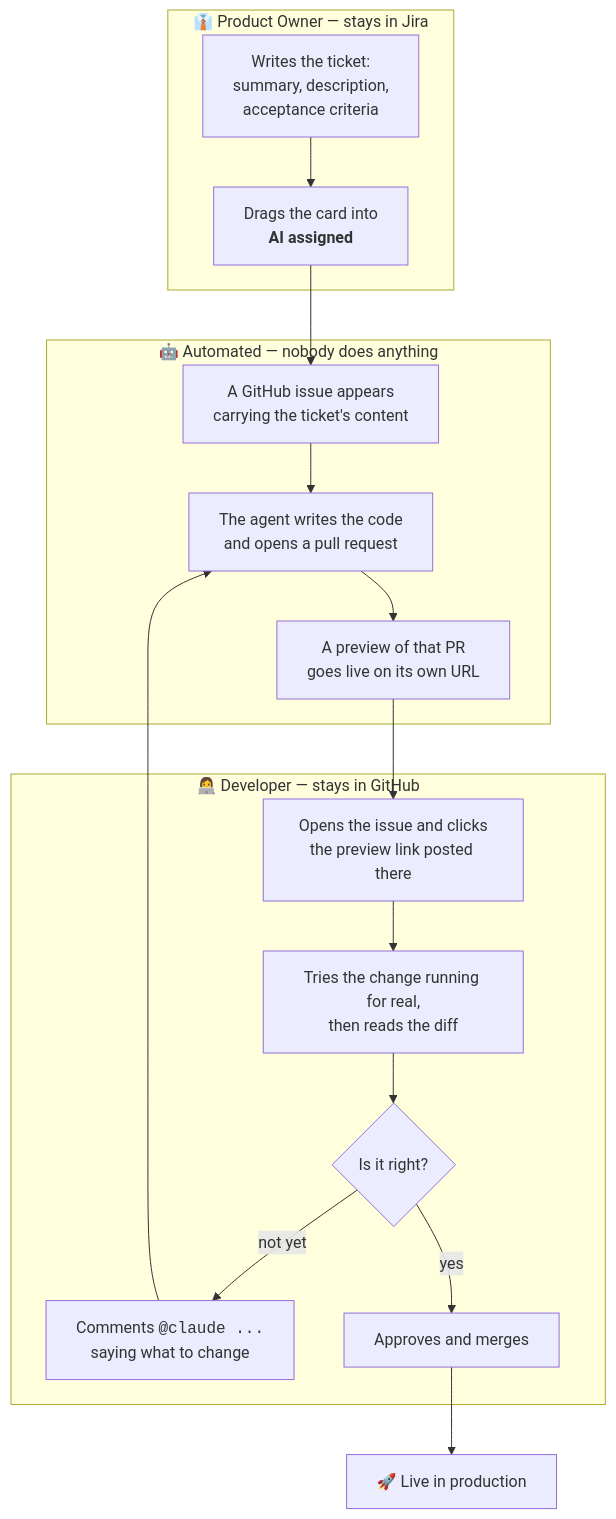
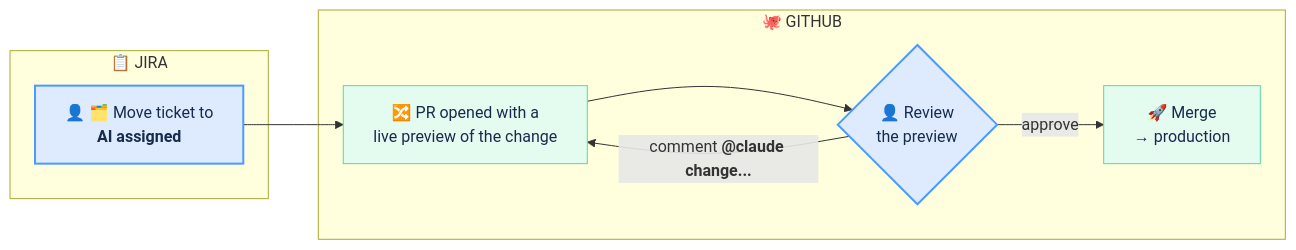
The first of 2 diagrams in README.md (gonz96/agentic-prs), drawn with Mermaid before and after one commit. The commit also changed other lines of this file, not shown here.

Commit message:
Simplify the roles diagram and mark the two manual steps

````diff
--- a/README.md
+++ b/README.md
@@ -21,28 +19,21 @@
 ```mermaid
-flowchart TD
-    subgraph PO["👔 Product Owner — stays in Jira"]
-        A["Writes the ticket:<br/>summary, description,<br/>acceptance criteria"]
-        B["Drags the card into<br/><b>AI assigned</b>"]
+flowchart LR
+    subgraph JIRA["📋 JIRA"]
+        A["👤 🗂️ Move ticket to<br/><b>AI assigned</b>"]
     end
 
-    subgraph AUTO["🤖 Automated — nobody does anything"]
-        C["A GitHub issue appears<br/>carrying the ticket's content"]
-        D["The agent writes the code<br/>and opens a pull request"]
-        E["A preview of that PR<br/>goes live on its own URL"]
+    subgraph GH["🐙 GITHUB"]
+        B["🔀 PR opened with a<br/>live preview of the change"]
+        C{"👤 Review<br/>the preview"}
+        D["🚀 Merge<br/>→ production"]
     end
 
-    subgraph DEV["👩‍💻 Developer — stays in GitHub"]
-        F["Opens the issue and clicks<br/>the preview link posted there"]
-        G["Tries the change running for real,<br/>then reads the diff"]
-        H{"Is it right?"}
-        I["Comments <code>@claude ...</code><br/>saying what to change"]
-        J["Approves and merges"]
-    end
+    A --> B --> C
+    C -->|"approve"| D
+    C -->|"comment <b>@claude change...</b>"| B
 
-    K["🚀 Live in production"]
-
-    A --> B --> C --> D --> E --> F --> G --> H
-    H -->|"not yet"| I
-    I --> D
-    H -->|"yes"| J --> K
+    classDef manual fill:#deebff,stroke:#4c9aff,stroke-width:2px,color:#172b4d
+    classDef auto fill:#e3fcef,stroke:#57d9a3,color:#172b4d
+    class A,C manual
+    class B,D auto
 ```
````
